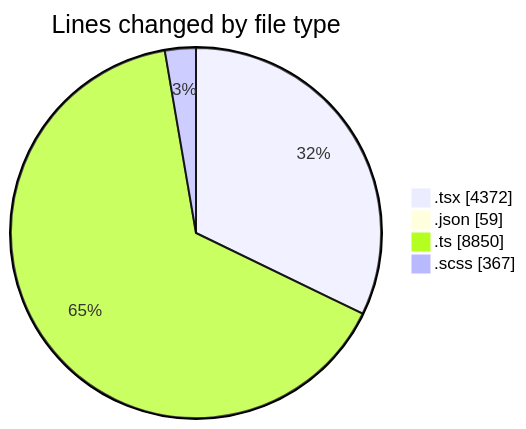
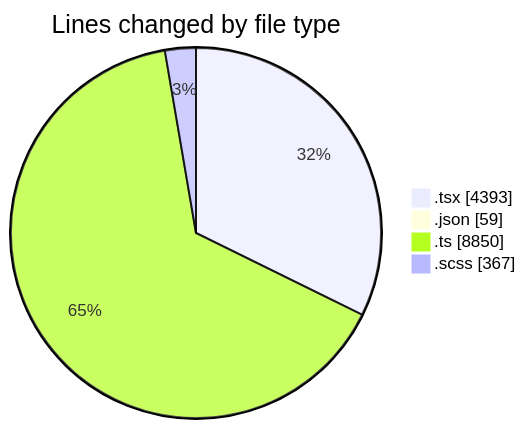
The first of 2 diagrams in 2025-11-24/cda/README.md (momahboobian/code-tracking), drawn with Mermaid before and after one commit. The commit also changed other lines of this file and 1 other file, not shown here.

````diff
--- a/2025-11-24/cda/README.md
+++ b/2025-11-24/cda/README.md
@@ -36,8 +36,8 @@
 ```mermaid
 pie showData
 title Lines changed by file type
-".tsx" : 4372
+".tsx" : 4393
 ".json" : 59
 ".ts" : 8850
 ".scss" : 367
 ```
````
